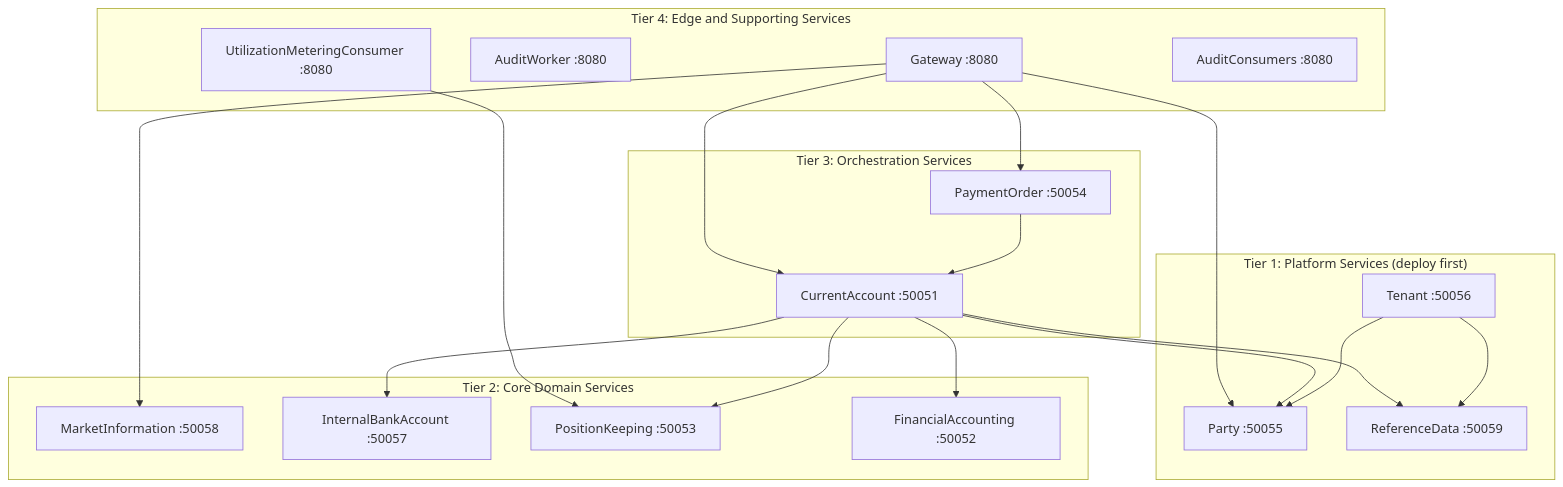
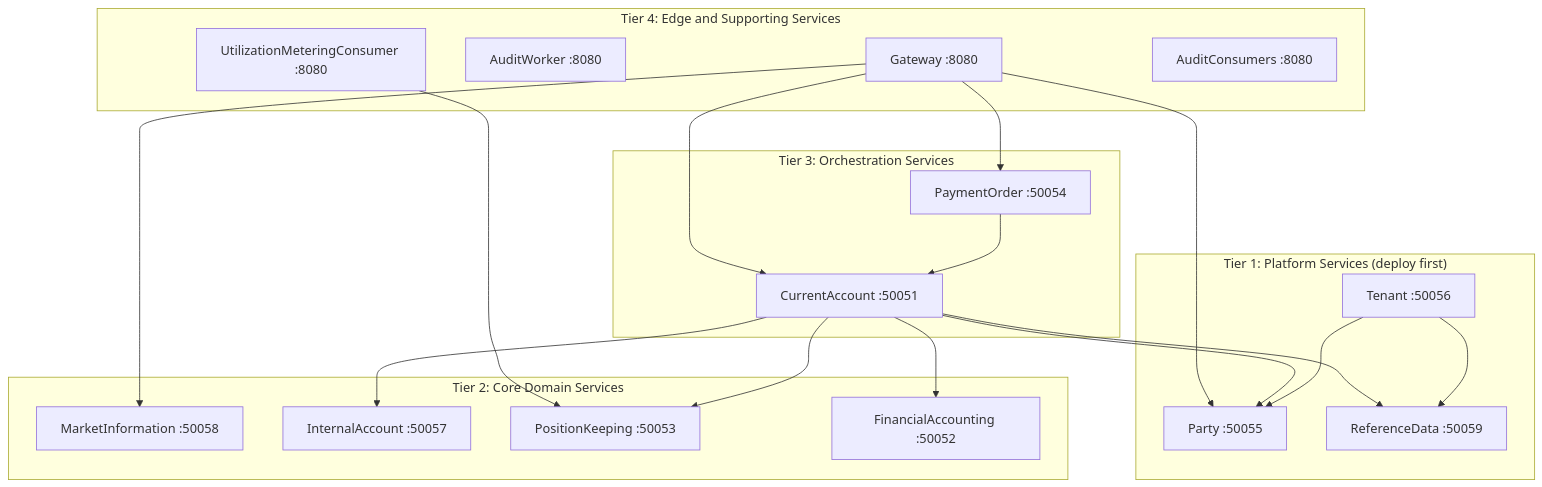
One commit to meridianhub/meridian changed the diagram in docs/runbooks/production-deployment.md. Above: the diagram before and after it, drawn with Mermaid. The commit also changed other lines of this file and 312 other files, not shown here.

First line of the commit message:
refactor: rename internal-bank-account service to internal-account

````diff
--- a/docs/runbooks/production-deployment.md
+++ b/docs/runbooks/production-deployment.md
@@ -350,41 +350,41 @@
 ```mermaid
 flowchart TD
     subgraph Tier1["Tier 1: Platform Services (deploy first)"]
         Tenant["Tenant :50056"]
         Party["Party :50055"]
         RD["ReferenceData :50059"]
     end
 
     subgraph Tier2["Tier 2: Core Domain Services"]
         MI["MarketInformation :50058"]
-        IBA["InternalBankAccount :50057"]
+        IBA["InternalAccount :50057"]
         PK["PositionKeeping :50053"]
         FA["FinancialAccounting :50052"]
     end
 
     subgraph Tier3["Tier 3: Orchestration Services"]
         CA["CurrentAccount :50051"]
         PO["PaymentOrder :50054"]
     end
 
     subgraph Tier4["Tier 4: Edge and Supporting Services"]
         GW["Gateway :8080"]
         AW["AuditWorker :8080"]
         UMC["UtilizationMeteringConsumer :8080"]
         AC["AuditConsumers :8080"]
     end
 
     Tenant --> Party
     Tenant --> RD
     CA --> Party
     CA --> PK
     CA --> FA
     CA --> IBA
     CA --> RD
     PO --> CA
     GW --> CA
     GW --> PO
     GW --> Party
     GW --> MI
     UMC --> PK
 ```
````
